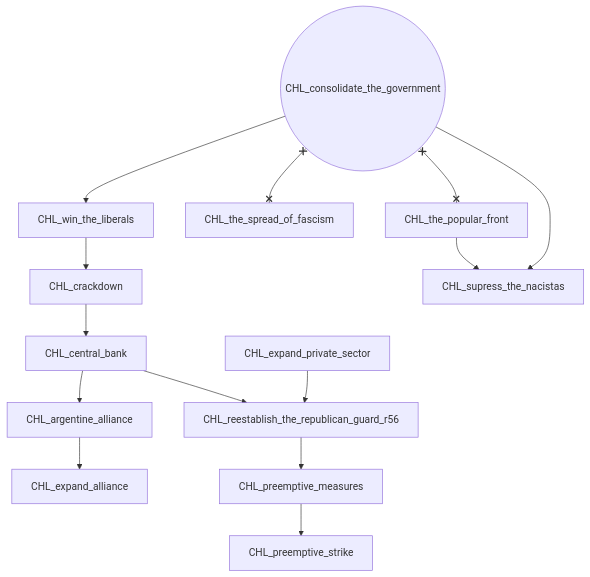
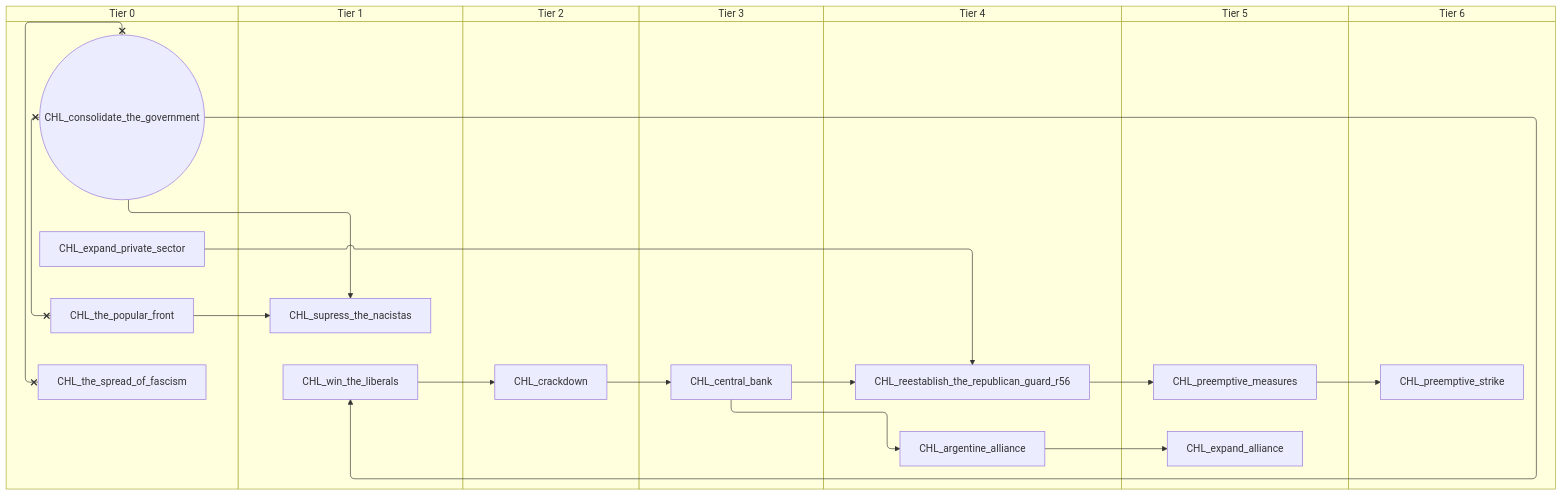
One commit to evgeny-sobol/hoi4-sandbox-mode-r56 changed the first of 7 diagrams in docs/gdd/National Focuses/r56/r56_chile.md. Above: the diagram before and after it, drawn with Mermaid. The commit also changed other lines of this file and 423 other files, not shown here.

First line of the commit message:
Re-export Rt56 focus trees as swimlane diagrams

````diff
--- a/docs/gdd/National Focuses/r56/r56_chile.md
+++ b/docs/gdd/National Focuses/r56/r56_chile.md
@@ -3,29 +3,43 @@
 ```mermaid
-flowchart TD
-    n1["CHL_argentine_alliance"]
-    n2["CHL_central_bank"]
-    n3(("CHL_consolidate_the_government"))
-    n4["CHL_crackdown"]
-    n5["CHL_expand_alliance"]
-    n6["CHL_expand_private_sector"]
-    n7["CHL_preemptive_measures"]
-    n8["CHL_preemptive_strike"]
-    n9["CHL_reestablish_the_republican_guard_r56"]
-    n10["CHL_supress_the_nacistas"]
-    n11["CHL_the_popular_front"]
-    n12["CHL_the_spread_of_fascism"]
-    n13["CHL_win_the_liberals"]
-    n2 --> n1
-    n4 --> n2
-    n13 --> n4
+swimlane-beta TD
+    subgraph tier_0["Tier 0"]
+        n1(("CHL_consolidate_the_government"))
+        n2["CHL_expand_private_sector"]
+        n3["CHL_the_popular_front"]
+        n4["CHL_the_spread_of_fascism"]
+    end
+    subgraph tier_1["Tier 1"]
+        n5["CHL_supress_the_nacistas"]
+        n6["CHL_win_the_liberals"]
+    end
+    subgraph tier_2["Tier 2"]
+        n7["CHL_crackdown"]
+    end
+    subgraph tier_3["Tier 3"]
+        n8["CHL_central_bank"]
+    end
+    subgraph tier_4["Tier 4"]
+        n9["CHL_argentine_alliance"]
+        n10["CHL_reestablish_the_republican_guard_r56"]
+    end
+    subgraph tier_5["Tier 5"]
+        n11["CHL_expand_alliance"]
+        n12["CHL_preemptive_measures"]
+    end
+    subgraph tier_6["Tier 6"]
+        n13["CHL_preemptive_strike"]
+    end
+    n8 --> n9
+    n7 --> n8
+    n6 --> n7
+    n9 --> n11
+    n10 --> n12
+    n12 --> n13
+    n8 --> n10
+    n2 --> n10
+    n3 --> n5
     n1 --> n5
-    n9 --> n7
-    n7 --> n8
-    n2 --> n9
-    n6 --> n9
-    n11 --> n10
-    n3 --> n10
-    n3 --> n13
-    n3 x--x n11
-    n3 x--x n12
+    n1 --> n6
+    n1 x--x n3
+    n1 x--x n4
 ```
````
